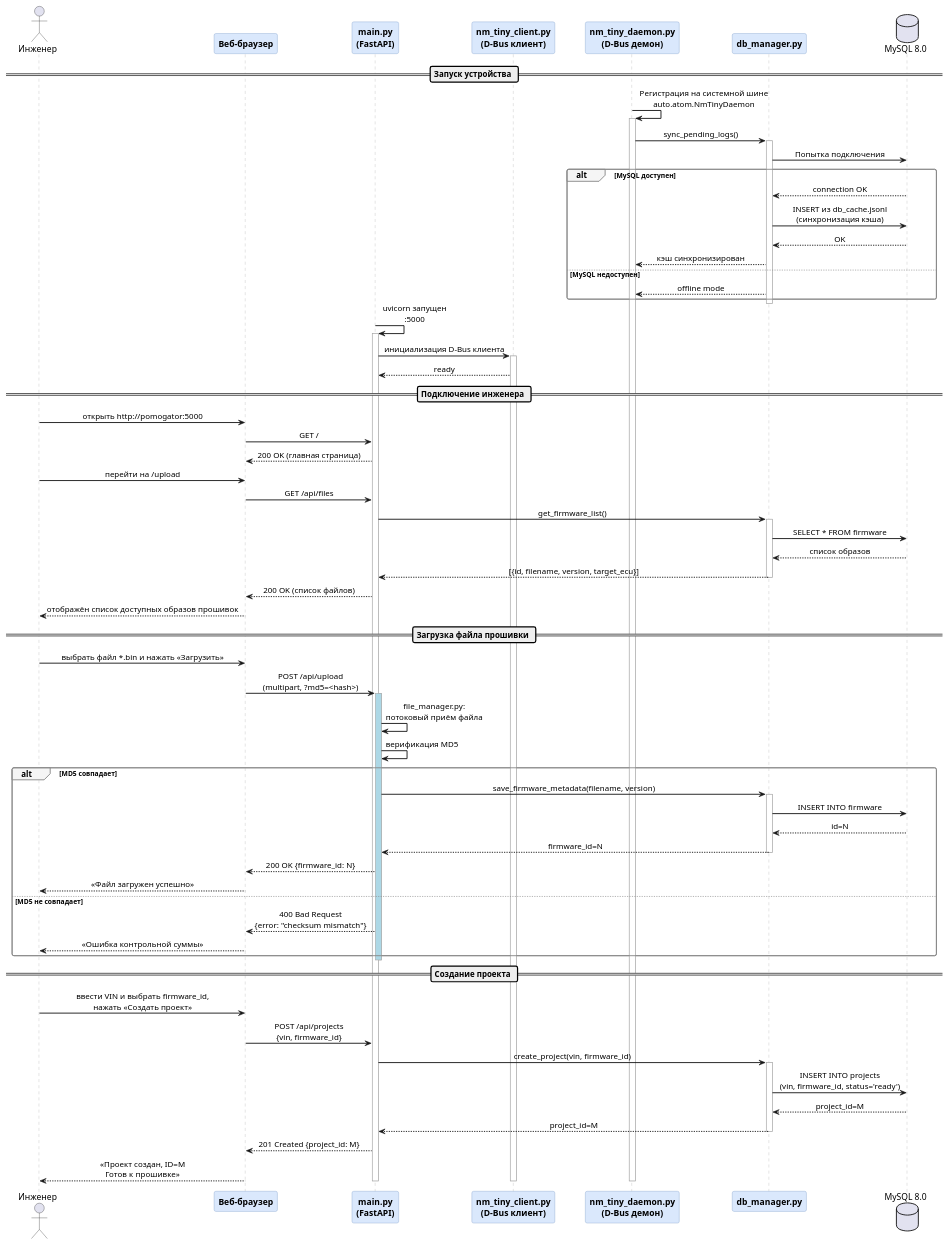
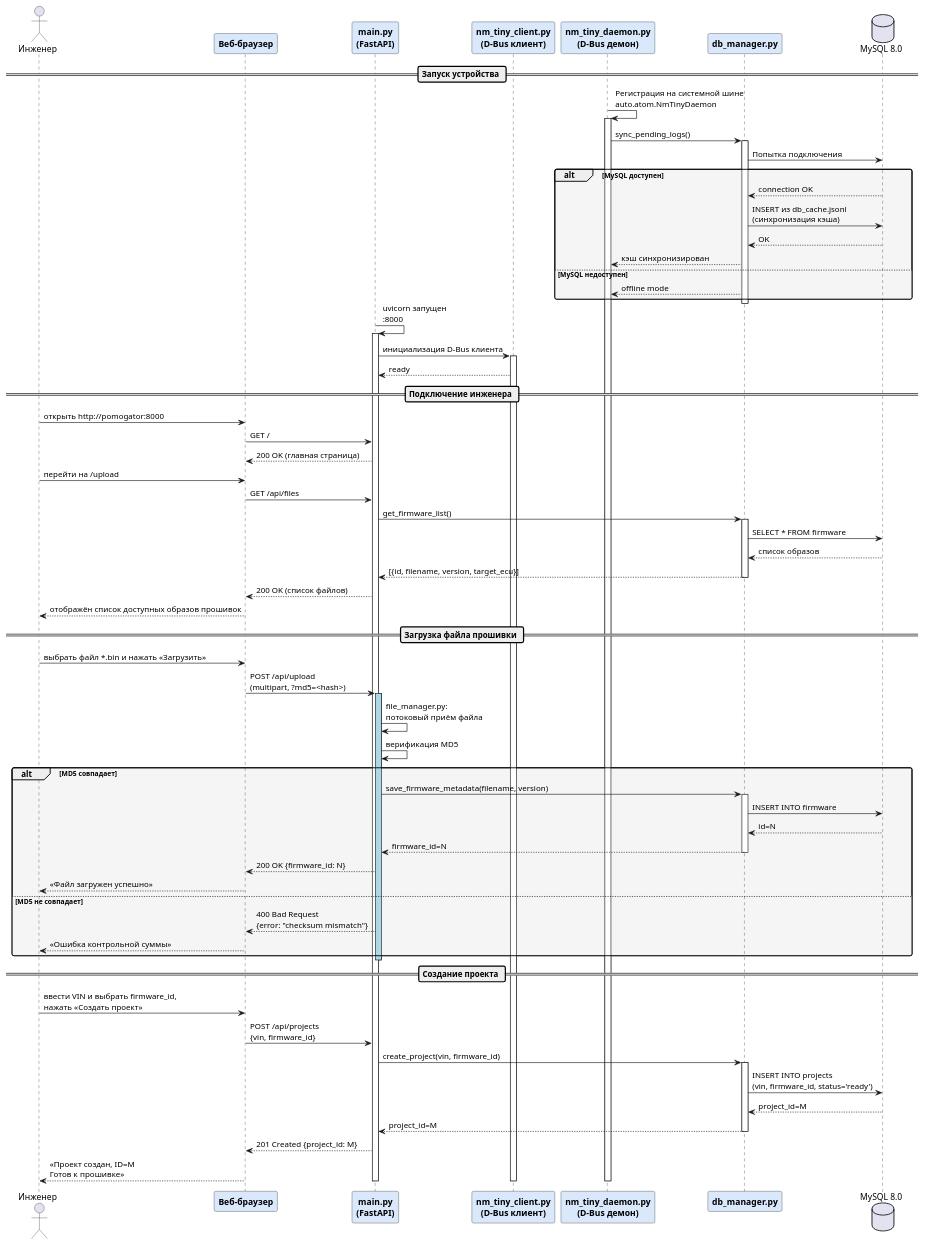
One commit to hc7/vkr1 changed the diagram in seq_3_3_init.md. Above: the diagram before and after it, drawn with PlantUML.

````diff
--- a/seq_3_3_init.md
+++ b/seq_3_3_init.md
@@ -1,21 +1,31 @@
 ```plantuml
 @startuml seq_3_3_init
+<style>
+sequenceDiagram {
+  MessageAlign center
+  responseMessageBelowArrow true
+  ArrowThickness 1.5
+  RoundCorner 6
+  LifeLineBorderColor #aaaaaa
 
+  participant {
+    BackgroundColor #dae8fc
+    BorderColor #6c8ebf
+    FontStyle bold
+    Padding 20
+  }
 
-skinparam sequenceMessageAlign center
-skinparam responseMessageBelowArrow true
-skinparam ParticipantPadding 20
-skinparam BoxPadding 10
-skinparam sequenceArrowThickness 1.5
-skinparam roundcorner 6
-skinparam sequenceParticipantBorderColor #6c8ebf
-skinparam sequenceParticipantBackgroundColor #dae8fc
-skinparam sequenceParticipantFontStyle bold
-skinparam sequenceLifeLineBorderColor #aaaaaa
-skinparam sequenceGroupBorderColor #888888
-skinparam sequenceGroupBackgroundColor #f5f5f5
-skinparam noteBorderColor #d6b656
-skinparam noteBackgroundColor #fff2cc
+  group {
+    BorderColor #888888
+    BackgroundColor #f5f5f5
+  }
+
+  note {
+    BorderColor #d6b656
+    BackgroundColor #fff2cc
+  }
+}
+</style>
 
 actor "Инженер" as ENG
 participant "Веб-браузер" as UI
@@ -43,7 +53,7 @@
 end
 deactivate DB
 
-API -> API : uvicorn запущен\n:5000
+API -> API : uvicorn запущен\n:8000
 activate API
 API -> CLIENT : инициализация D-Bus клиента
 activate CLIENT
@@ -51,7 +61,7 @@
 
 == Подключение инженера ==
 
-ENG -> UI : открыть http://pomogator:5000
+ENG -> UI : открыть http://pomogator:8000
 UI -> API : GET /
 API --> UI : 200 OK (главная страница)
 
````
